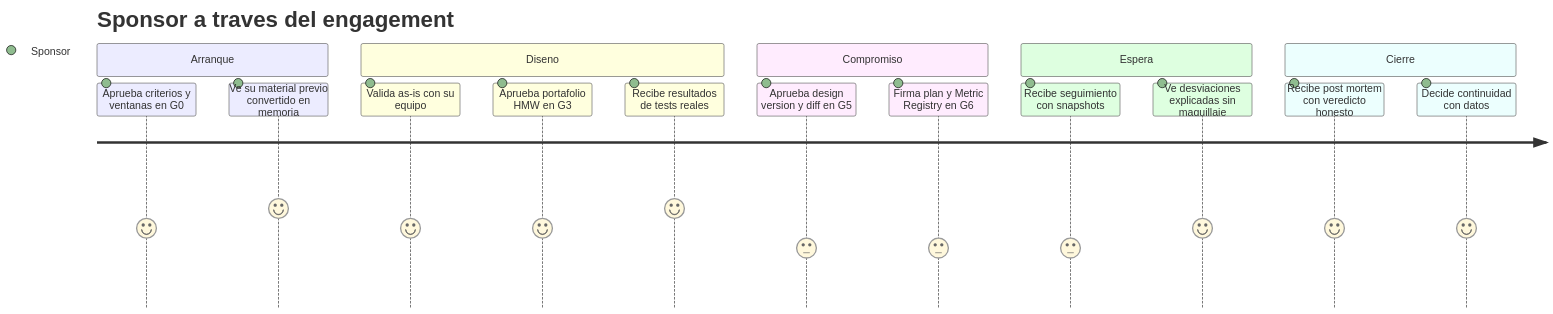
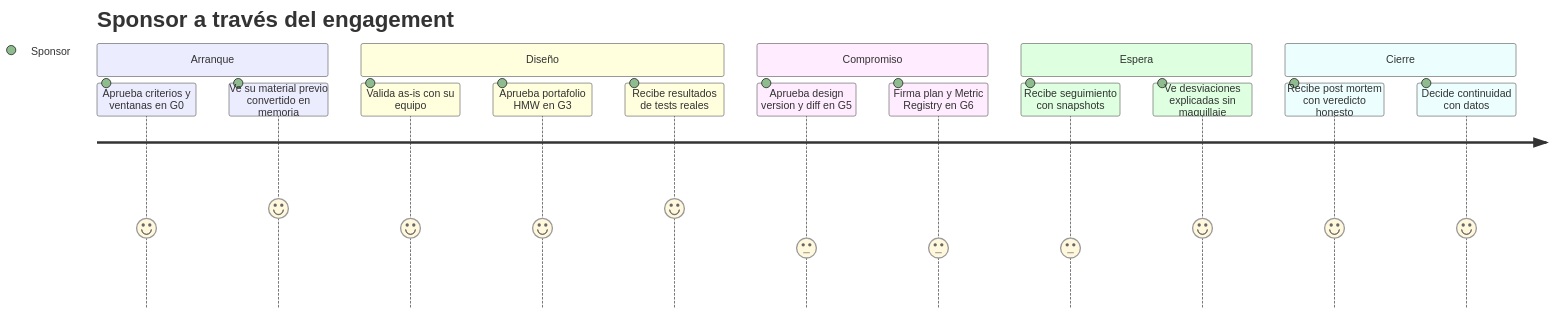
Before and after one commit to jtrujillo-ws/designio-app: the ninth of 9 diagrams in docs/04-journeys/journeys-plataforma.md, drawn with Mermaid. The commit also changed other lines of this file and 4 other files, not shown here.

````diff
--- a/docs/04-journeys/journeys-plataforma.md
+++ b/docs/04-journeys/journeys-plataforma.md
@@ -260,20 +260,20 @@
 ```mermaid
 journey
-  title Sponsor a traves del engagement
+  title Sponsor a través del engagement
   section Arranque
     Aprueba criterios y ventanas en G0: 4: Sponsor
     Ve su material previo convertido en memoria: 5: Sponsor
-  section Diseno
+  section Diseño
     Valida as-is con su equipo: 4: Sponsor
     Aprueba portafolio HMW en G3: 4: Sponsor
     Recibe resultados de tests reales: 5: Sponsor
   section Compromiso
     Aprueba design version y diff en G5: 3: Sponsor
     Firma plan y Metric Registry en G6: 3: Sponsor
   section Espera
     Recibe seguimiento con snapshots: 3: Sponsor
     Ve desviaciones explicadas sin maquillaje: 4: Sponsor
   section Cierre
     Recibe post mortem con veredicto honesto: 4: Sponsor
     Decide continuidad con datos: 4: Sponsor
 ```
````
